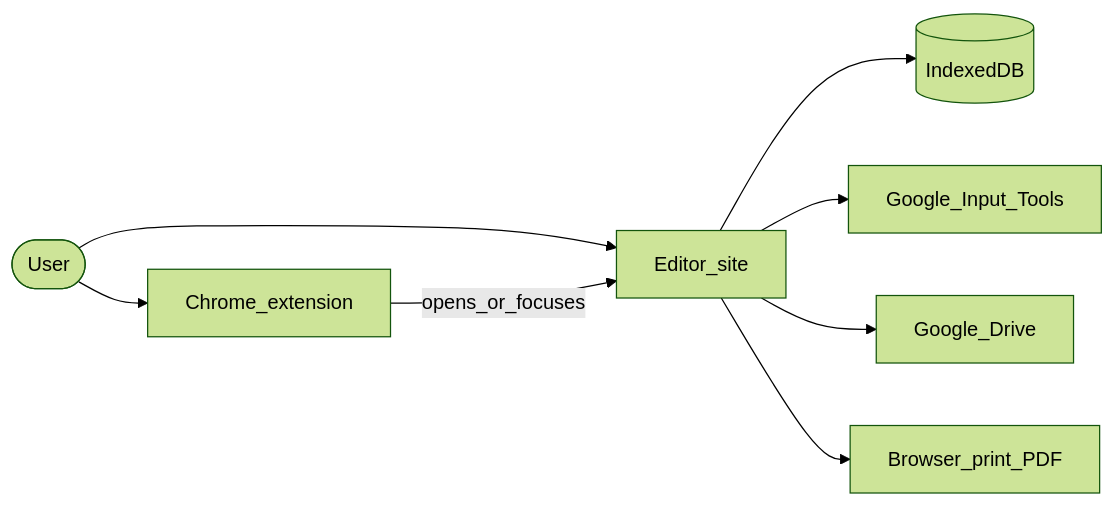
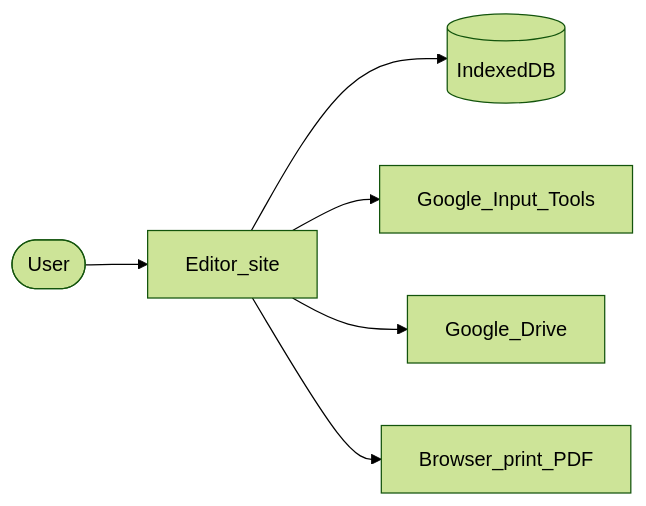
Before and after one commit to arverma/Bihar-Police-Notebook: the first of 2 diagrams in docs/architecture.md, drawn with Mermaid (forest theme). The commit also changed other lines of this file and 15 other files, not shown here.

````diff
--- a/docs/architecture.md
+++ b/docs/architecture.md
@@ -9,18 +9,15 @@
 ```mermaid
 flowchart LR
   User([User])
-  Ext[Chrome_extension]
   Editor[Editor_site]
   IDB[(IndexedDB)]
   GIT[Google_Input_Tools]
   Drive[Google_Drive]
   Print[Browser_print_PDF]
 
-  User --> Ext
   User --> Editor
-  Ext -->|opens_or_focuses| Editor
   Editor --> IDB
   Editor --> GIT
   Editor --> Drive
   Editor --> Print
 ```
````
